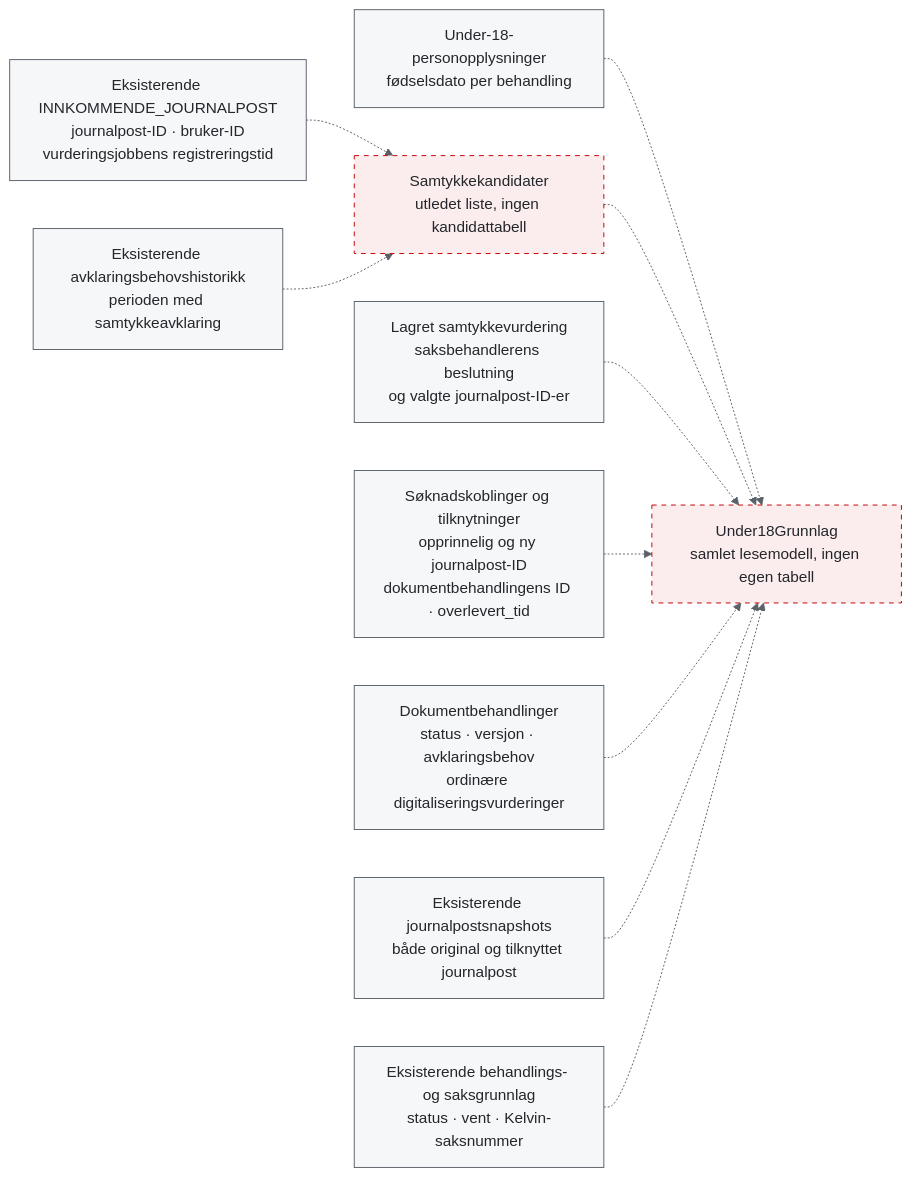
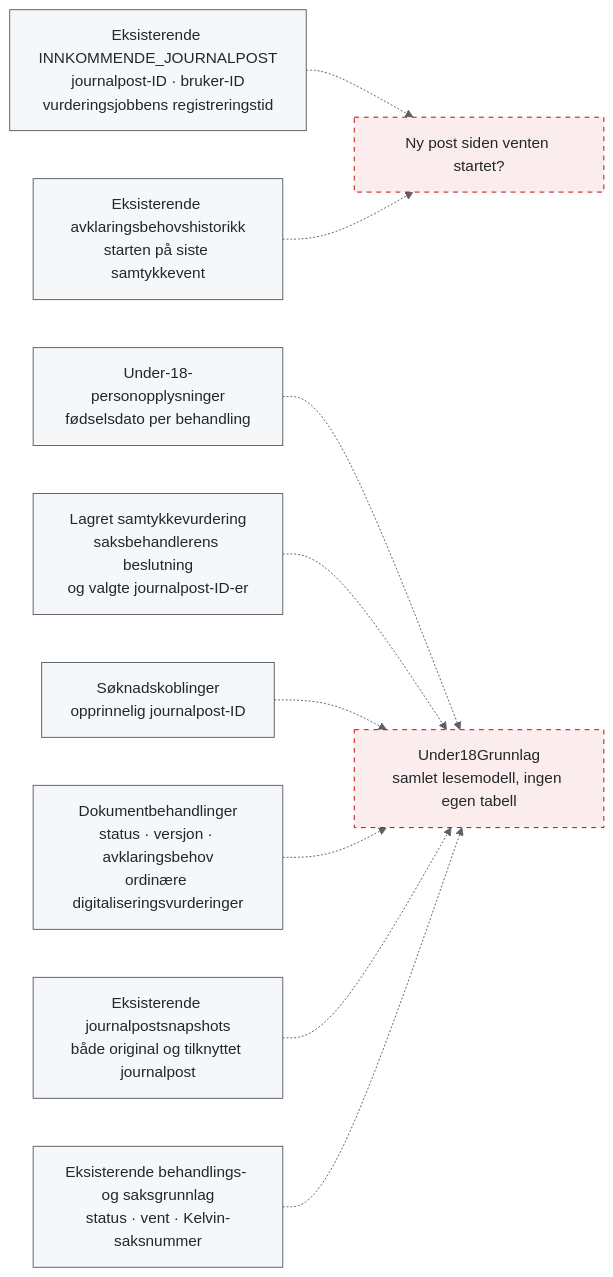
Before and after one commit to navikt/aap-postmottak-backend: the fourth of 6 diagrams in under-18-flyt.md, drawn with Mermaid. The commit also changed other lines of this file and 43 other files, not shown here.

````diff
--- a/under-18-flyt.md
+++ b/under-18-flyt.md
@@ -399,27 +400,26 @@
 ```mermaid
 %%{init: {"theme":"base","themeVariables":{"primaryColor":"#F6F7F9","primaryTextColor":"#23262A","primaryBorderColor":"#5B6169","lineColor":"#5B6169","secondaryColor":"#FBEDED","tertiaryColor":"#F6F7F9","background":"#FFFFFF"}}}%%
 flowchart LR
     mottak["Eksisterende INNKOMMENDE_JOURNALPOST<br/>journalpost-ID · bruker-ID<br/>vurderingsjobbens registreringstid"]
     personopplysninger["Under-18-personopplysninger<br/>fødselsdato per behandling"]
-    historikk["Eksisterende avklaringsbehovshistorikk<br/>perioden med samtykkeavklaring"]
-    kandidater["Samtykkekandidater<br/>utledet liste, ingen kandidattabell"]
+    historikk["Eksisterende avklaringsbehovshistorikk<br/>starten på siste samtykkevent"]
+    nyPost["Ny post siden venten startet?"]
     samtykke["Lagret samtykkevurdering<br/>saksbehandlerens beslutning<br/>og valgte journalpost-ID-er"]
-    soknader["Søknadskoblinger og tilknytninger<br/>opprinnelig og ny journalpost-ID<br/>dokumentbehandlingens ID · overlevert_tid"]
+    soknader["Søknadskoblinger<br/>opprinnelig journalpost-ID"]
     dokumentbehandlinger["Dokumentbehandlinger<br/>status · versjon · avklaringsbehov<br/>ordinære digitaliseringsvurderinger"]
     journalposter["Eksisterende journalpostsnapshots<br/>både original og tilknyttet journalpost"]
     behandling["Eksisterende behandlings- og saksgrunnlag<br/>status · vent · Kelvin-saksnummer"]
     grunnlag["Under18Grunnlag<br/>samlet lesemodell, ingen egen tabell"]
-    mottak -.-> kandidater
+    mottak -.-> nyPost
     personopplysninger -.-> grunnlag
-    historikk -.-> kandidater
-    kandidater -.-> grunnlag
+    historikk -.-> nyPost
     samtykke -.-> grunnlag
     soknader -.-> grunnlag
     dokumentbehandlinger -.-> grunnlag
     journalposter -.-> grunnlag
     behandling -.-> grunnlag
     classDef lagret fill:#F6F7F9,stroke:#5B6169,color:#23262A
     classDef utledet fill:#FBEDED,stroke:#C30000,color:#23262A,stroke-dasharray:5 5
     class mottak,personopplysninger,historikk,samtykke,soknader,dokumentbehandlinger,journalposter,behandling lagret
-    class kandidater,grunnlag utledet
+    class nyPost,grunnlag utledet
 ```
````
